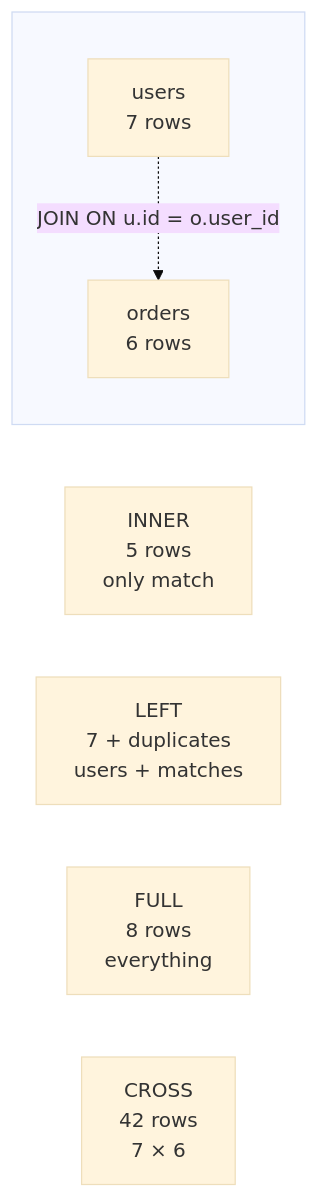
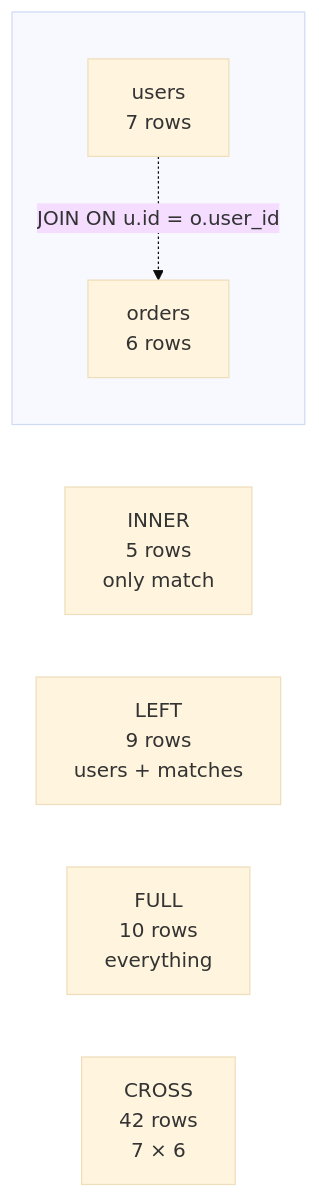
The diagram in 06_databases/sql-fundamentals/lessons/01_basic/03_joins.md (thanhdevops95/Dev-knowledge), drawn with Mermaid (base theme) before and after one commit. The commit also changed other lines of this file and 5 other files, not shown here.

````diff
--- a/06_databases/sql-fundamentals/lessons/01_basic/03_joins.md
+++ b/06_databases/sql-fundamentals/lessons/01_basic/03_joins.md
@@ -108,11 +108,11 @@
 ```mermaid
 flowchart LR
     subgraph " "
         direction TB
         L[users<br/>7 rows] -.->|JOIN ON u.id = o.user_id| O[orders<br/>6 rows]
     end
     INNER[INNER<br/>5 rows<br/>only match]
-    LEFT[LEFT<br/>7 + duplicates<br/>users + matches]
-    FULL[FULL<br/>8 rows<br/>everything]
+    LEFT[LEFT<br/>9 rows<br/>users + matches]
+    FULL[FULL<br/>10 rows<br/>everything]
     CROSS[CROSS<br/>42 rows<br/>7 × 6]
 ```
````
